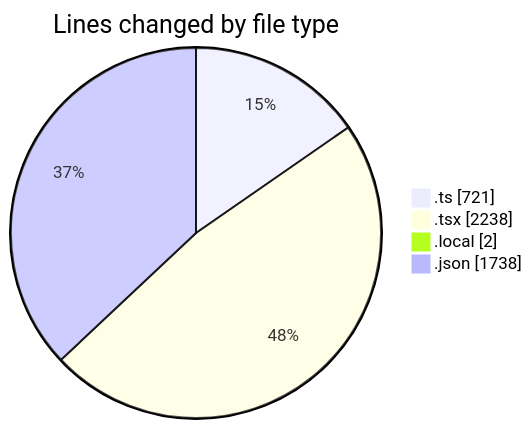
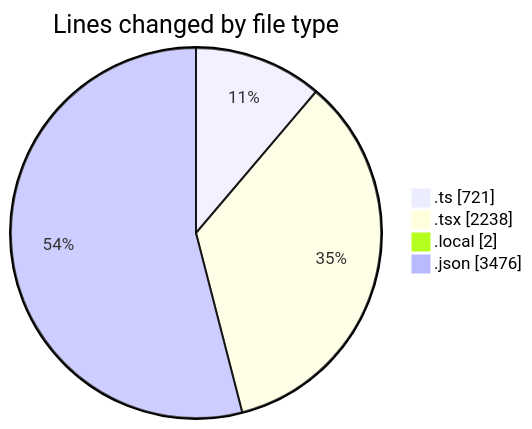
One commit to julien-gomy/code-tracking changed the first of 2 diagrams in 2025-10-28/eventscop-frontend-guide__workspace_/README.md. Above: the diagram before and after it, drawn with Mermaid. The commit also changed other lines of this file and 1 other file, not shown here.

````diff
--- a/2025-10-28/eventscop-frontend-guide__workspace_/README.md
+++ b/2025-10-28/eventscop-frontend-guide__workspace_/README.md
@@ -40,8 +40,8 @@
 ```mermaid
 pie showData
 title Lines changed by file type
 ".ts" : 721
 ".tsx" : 2238
 ".local" : 2
-".json" : 1738
+".json" : 3476
 ```
````
